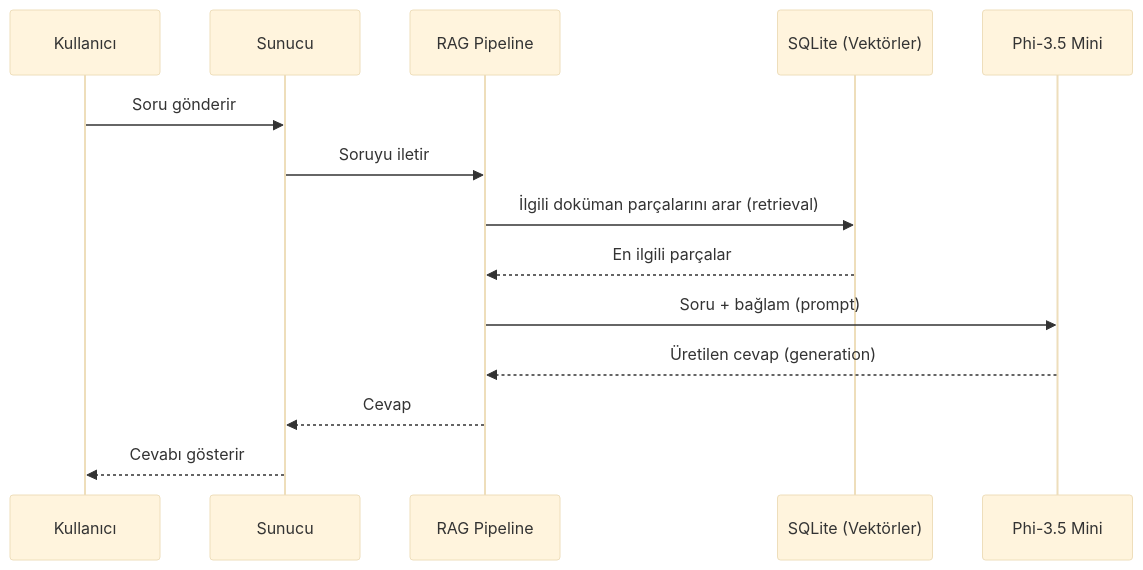
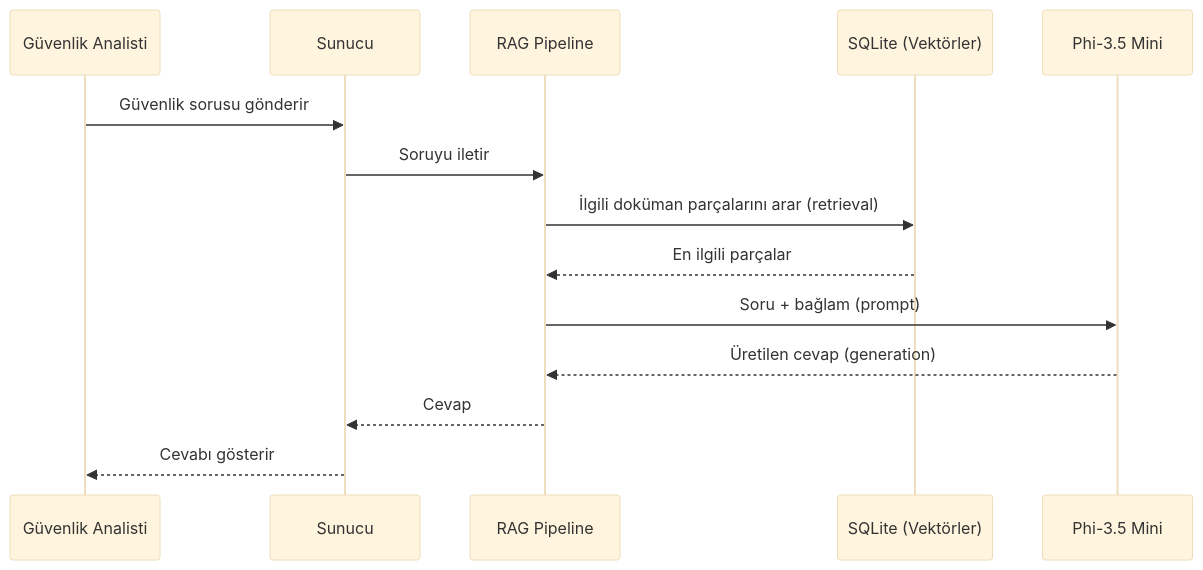
The second of 2 diagrams in README.md (SemanurBuhan/local-rag-foundry), drawn with Mermaid (base theme) before and after one commit. The commit also changed other lines of this file and 8 other files, not shown here.

````diff
--- a/README.md
+++ b/README.md
@@ -35,17 +45,17 @@
 ```mermaid
 sequenceDiagram
-    participant K as Kullanıcı
+    participant K as Güvenlik Analisti
     participant S as Sunucu
     participant R as RAG Pipeline
     participant V as SQLite (Vektörler)
     participant M as Phi-3.5 Mini
 
-    K->>S: Soru gönderir
+    K->>S: Güvenlik sorusu gönderir
     S->>R: Soruyu iletir
     R->>V: İlgili doküman parçalarını arar (retrieval)
     V-->>R: En ilgili parçalar
     R->>M: Soru + bağlam (prompt)
     M-->>R: Üretilen cevap (generation)
     R-->>S: Cevap
     S-->>K: Cevabı gösterir
 ```
````
